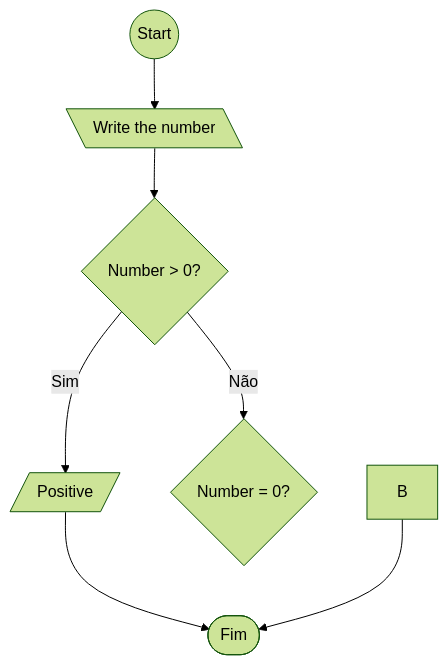
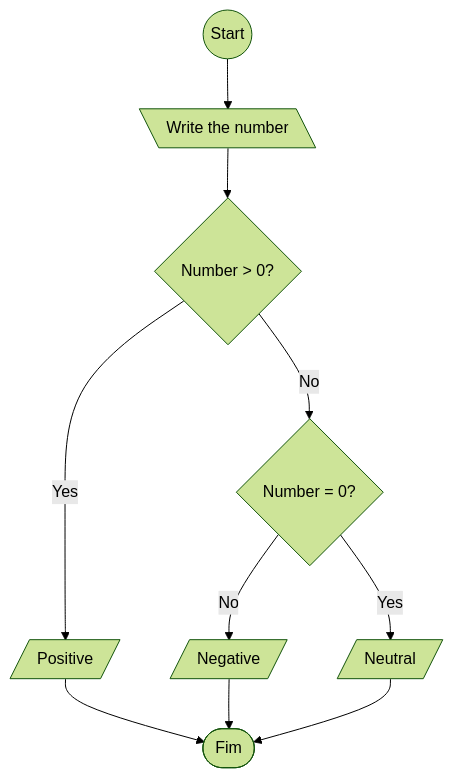
One commit to AndreLucas0/aula-LP changed the fourth of 10 diagrams in Listas de Exercícios/LP_Lista_01/README.md. Above: the diagram before and after it, drawn with Mermaid (forest theme).

Commit message:
Atualização lista1 ex 4

````diff
--- a/Listas de Exercícios/LP_Lista_01/README.md
+++ b/Listas de Exercícios/LP_Lista_01/README.md
@@ -64,9 +64,12 @@
    ```mermaid
    flowchart TD
       Start((Start)) --> input1[\ Write the number \]
       input1 --> verification1{ Number > 0? }
-      verification1 --> |Sim| A[/ Positive /]
-      verification1 --> |Não| verification2{ Number = 0? }
+      verification1 --> |Yes| A[/ Positive /]
+      verification1 --> |No| verification2{ Number = 0? }
+      verification2 --> |Yes| C[/ Neutral /]
+      verification2 --> |No| B[/ Negative /]
       A --> finish([ Fim ])
       B --> finish
+      C --> finish
    ```
````
